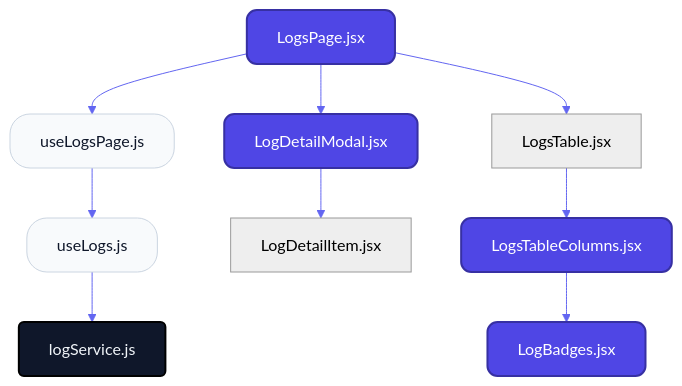
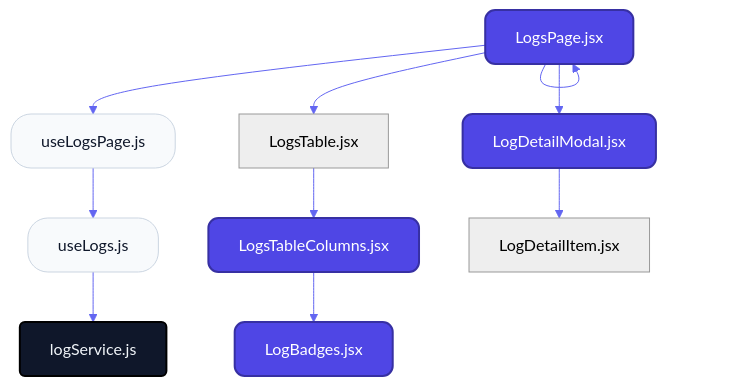
One commit to nexowebai/nexo-superadmin changed the first of 2 diagrams in src/features/logs/README.md. Above: the diagram before and after it, drawn with Mermaid. The commit also changed other lines of this file and 18 other files, not shown here.

````diff
--- a/src/features/logs/README.md
+++ b/src/features/logs/README.md
@@ -12,25 +11,26 @@
 ```mermaid
 %%{init: {'theme': 'neutral', 'themeVariables': { 'fontFamily': 'Inter', 'lineColor': '#6366f1' }}}%%
 graph TD
     classDef page fill:#4f46e5,stroke:#3730a3,stroke-width:2px,color:#fff,rx:10,ry:10;
     classDef hook fill:#f8fafc,stroke:#cbd5e1,stroke-width:1px,color:#0f172a,rx:20,ry:20;
     classDef service fill:#0f172a,stroke:#000,stroke-width:2px,color:#f1f5f9,rx:5,ry:5;
 
+    LogDetailModaljsx["LogDetailModal.jsx"]:::page
     LogsPagejsx["LogsPage.jsx"]:::page
+    LogsTableColumnsjsx["LogsTableColumns.jsx"]:::page
+    useLogsPagejs["useLogsPage.js"]:::hook
+    LogBadgesjsx["LogBadges.jsx"]:::page
+    LogsTablejsx["LogsTable.jsx"]
     useLogsjs["useLogs.js"]:::hook
-    useLogsPagejs["useLogsPage.js"]:::hook
+    LogDetailItemjsx["LogDetailItem.jsx"]
     logServicejs["logService.js"]:::service
-    LogBadgesjsx["LogBadges.jsx"]:::page
-    LogDetailItemjsx["LogDetailItem.jsx"]
-    LogDetailModaljsx["LogDetailModal.jsx"]:::page
-    LogsTablejsx["LogsTable.jsx"]
-    LogsTableColumnsjsx["LogsTableColumns.jsx"]:::page
+    LogDetailModaljsx --> LogDetailItemjsx
     LogsPagejsx --> useLogsPagejs
     LogsPagejsx --> LogsTablejsx
     LogsPagejsx --> LogDetailModaljsx
+    LogsPagejsx --> LogsPagejsx
+    LogsTableColumnsjsx --> LogBadgesjsx
+    useLogsPagejs --> useLogsjs
+    LogsTablejsx --> LogsTableColumnsjsx
     useLogsjs --> logServicejs
-    useLogsPagejs --> useLogsjs
-    LogDetailModaljsx --> LogDetailItemjsx
-    LogsTablejsx --> LogsTableColumnsjsx
-    LogsTableColumnsjsx --> LogBadgesjsx
 ```
````
